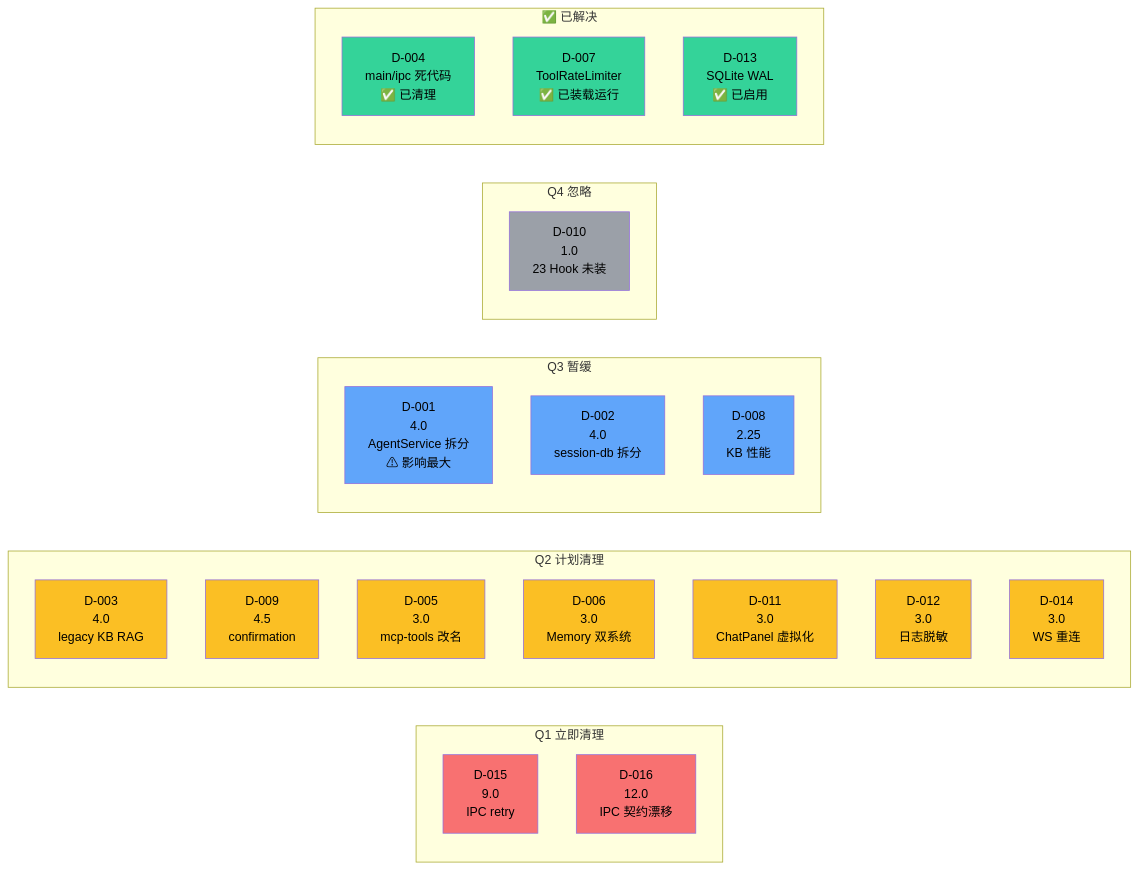
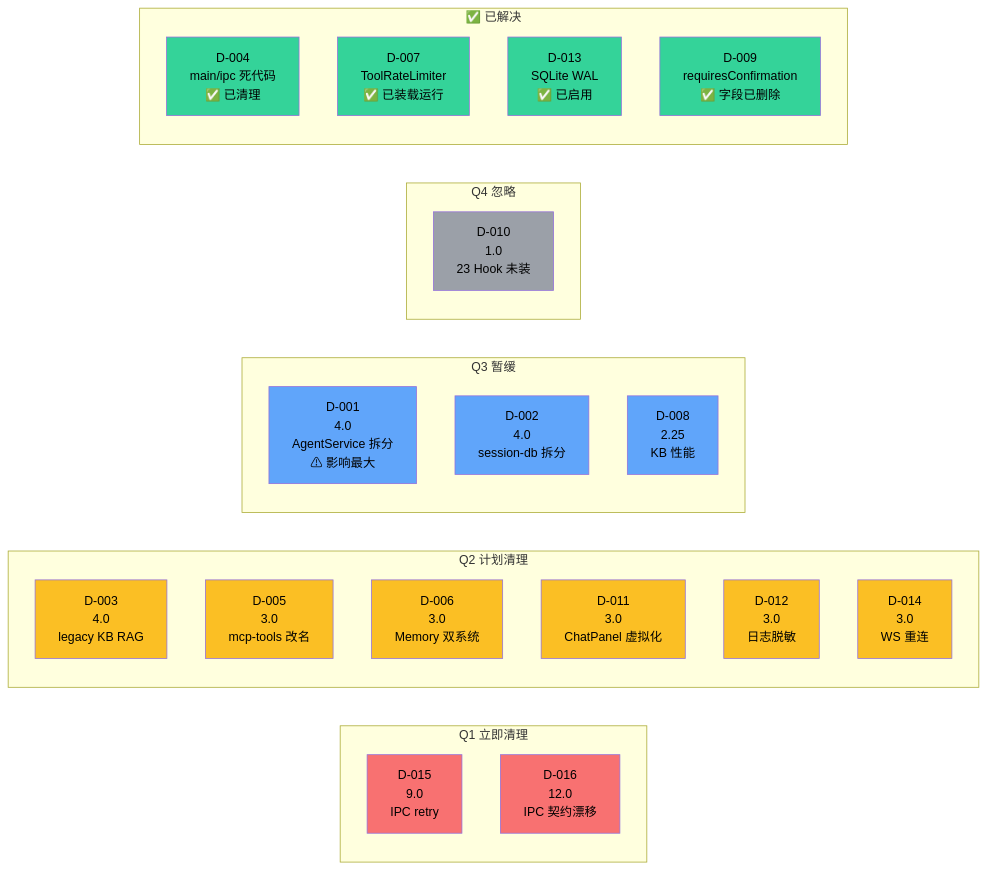
One commit to LanicBlue/zero-core changed the second of 3 diagrams in docs/arch/10-tech-debt-architect-view.md. Above: the diagram before and after it, drawn with Mermaid. The commit also changed other lines of this file, not shown here.

````diff
--- a/docs/arch/10-tech-debt-architect-view.md
+++ b/docs/arch/10-tech-debt-architect-view.md
@@ -328,46 +325,46 @@
 ```mermaid
 graph LR
     subgraph "Q1 立即清理"
         D015["D-015<br/>9.0<br/>IPC retry"]
         D016["D-016<br/>12.0<br/>IPC 契约漂移"]
     end
     subgraph "Q2 计划清理"
         D003["D-003<br/>4.0<br/>legacy KB RAG"]
-        D009["D-009<br/>4.5<br/>confirmation"]
         D005["D-005<br/>3.0<br/>mcp-tools 改名"]
         D006["D-006<br/>3.0<br/>Memory 双系统"]
         D011["D-011<br/>3.0<br/>ChatPanel 虚拟化"]
         D012["D-012<br/>3.0<br/>日志脱敏"]
         D014["D-014<br/>3.0<br/>WS 重连"]
     end
     subgraph "Q3 暂缓"
         D001["D-001<br/>4.0<br/>AgentService 拆分<br/>⚠ 影响最大"]
         D002["D-002<br/>4.0<br/>session-db 拆分"]
         D008["D-008<br/>2.25<br/>KB 性能"]
     end
     subgraph "Q4 忽略"
         D010["D-010<br/>1.0<br/>23 Hook 未装"]
     end
     subgraph "✅ 已解决"
         D004s["D-004<br/>main/ipc 死代码<br/>✅ 已清理"]
         D007s["D-007<br/>ToolRateLimiter<br/>✅ 已装载运行"]
         D013s["D-013<br/>SQLite WAL<br/>✅ 已启用"]
+        D009s["D-009<br/>requiresConfirmation<br/>✅ 字段已删除"]
     end
 
     style D003 fill:#fbbf24,color:#000
     style D015 fill:#f87171,color:#000
     style D016 fill:#f87171,color:#000
-    style D009 fill:#fbbf24,color:#000
     style D005 fill:#fbbf24,color:#000
     style D006 fill:#fbbf24,color:#000
     style D011 fill:#fbbf24,color:#000
     style D012 fill:#fbbf24,color:#000
     style D014 fill:#fbbf24,color:#000
     style D001 fill:#60a5fa,color:#000
     style D002 fill:#60a5fa,color:#000
     style D008 fill:#60a5fa,color:#000
     style D010 fill:#9ba0a8,color:#000
     style D004s fill:#34d399,color:#000
     style D007s fill:#34d399,color:#000
     style D013s fill:#34d399,color:#000
+    style D009s fill:#34d399,color:#000
 ```
````
